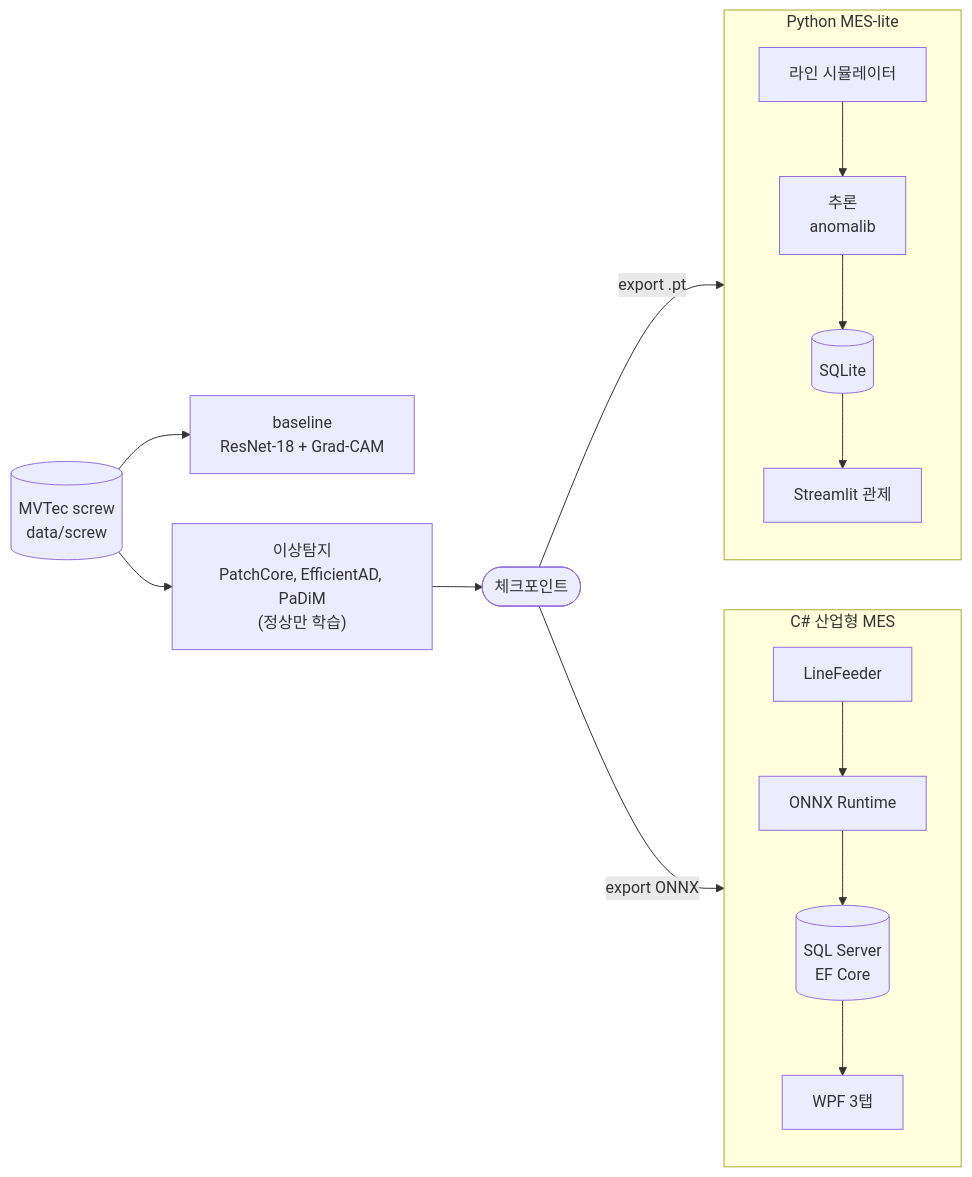
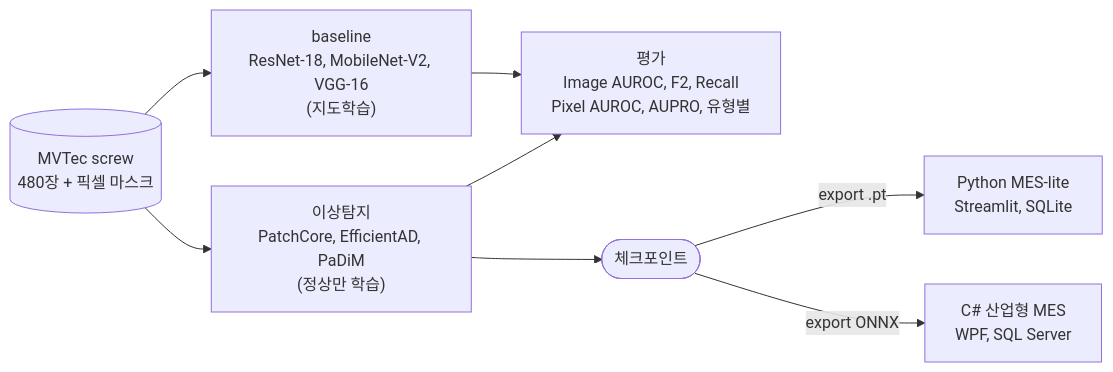
The diagram in README.md (hmy7788/screw-defect-mes), drawn with Mermaid before and after one commit. The commit also changed other lines of this file and 17 other files, not shown here.

First line of the commit message:
docs: README 를 개요로 줄이고 baseline·patchcore·mes 문서로 분리, baseline 그림 추가

````diff
--- a/README.md
+++ b/README.md
@@ -73,15 +54,11 @@
 ```mermaid
 flowchart LR
-    D[("MVTec screw<br/>data/screw")]
-    D --> B["baseline<br/>ResNet-18 + Grad-CAM"]
+    D[("MVTec screw<br/>480장 + 픽셀 마스크")]
+    D --> B["baseline<br/>ResNet-18, MobileNet-V2, VGG-16<br/>(지도학습)"]
     D --> P["이상탐지<br/>PatchCore, EfficientAD, PaDiM<br/>(정상만 학습)"]
+    B --> E["평가<br/>Image AUROC, F2, Recall<br/>Pixel AUROC, AUPRO, 유형별"]
+    P --> E
     P --> CK(["체크포인트"])
-    CK -->|"export .pt"| PY
-    CK -->|"export ONNX"| CS
-    subgraph PY["Python MES-lite"]
-        SIM1["라인 시뮬레이터"] --> INF1["추론<br/>anomalib"] --> DB1[("SQLite")] --> UI1["Streamlit 관제"]
-    end
-    subgraph CS["C# 산업형 MES"]
-        SIM2["LineFeeder"] --> INF2["ONNX Runtime"] --> DB2[("SQL Server<br/>EF Core")] --> UI2["WPF 3탭"]
-    end
+    CK -->|"export .pt"| PY["Python MES-lite<br/>Streamlit, SQLite"]
+    CK -->|"export ONNX"| CS["C# 산업형 MES<br/>WPF, SQL Server"]
 ```
````
